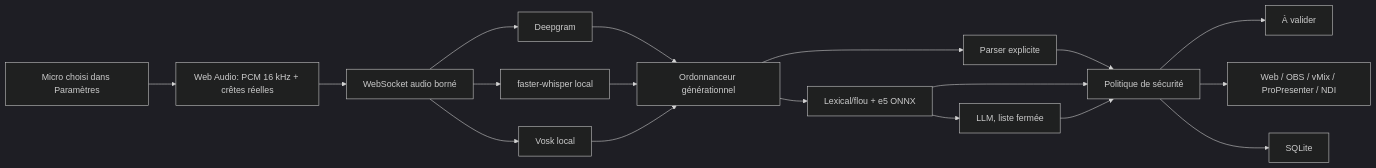
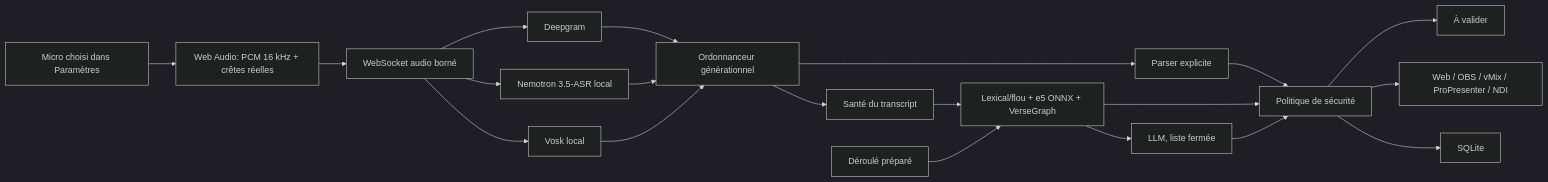
The diagram in v2/EXPLICATION_ARCHITECTURE.md (gafard/VersePro), drawn with Mermaid (dark theme) before and after one commit. The commit also changed other lines of this file and 447 other files, not shown here.

````diff
--- a/v2/EXPLICATION_ARCHITECTURE.md
+++ b/v2/EXPLICATION_ARCHITECTURE.md
@@ -11,20 +11,22 @@
 ```mermaid
 flowchart LR
   Mic["Micro choisi dans Paramètres"] --> WebAudio["Web Audio: PCM 16 kHz + crêtes réelles"]
   WebAudio --> AudioWS["WebSocket audio borné"]
   AudioWS --> DG["Deepgram"]
-  AudioWS --> Whisper["faster-whisper local"]
+  AudioWS --> Nemo["Nemotron 3.5-ASR local"]
   AudioWS --> Vosk["Vosk local"]
   DG --> Scheduler["Ordonnanceur générationnel"]
-  Whisper --> Scheduler
+  Nemo --> Scheduler
   Vosk --> Scheduler
   Scheduler --> Parser["Parser explicite"]
-  Scheduler --> Fusion["Lexical/flou + e5 ONNX"]
+  Scheduler --> Health["Santé du transcript"]
+  Health --> Fusion["Lexical/flou + e5 ONNX + VerseGraph"]
   Fusion --> ClosedAI["LLM, liste fermée"]
+  Plan["Déroulé préparé"] --> Fusion
   Parser --> Policy["Politique de sécurité"]
   Fusion --> Policy
   ClosedAI --> Policy
   Policy --> Queue["À valider"]
   Policy --> Outputs["Web / OBS / vMix / ProPresenter / NDI"]
   Policy --> DB["SQLite"]
 ```
````
